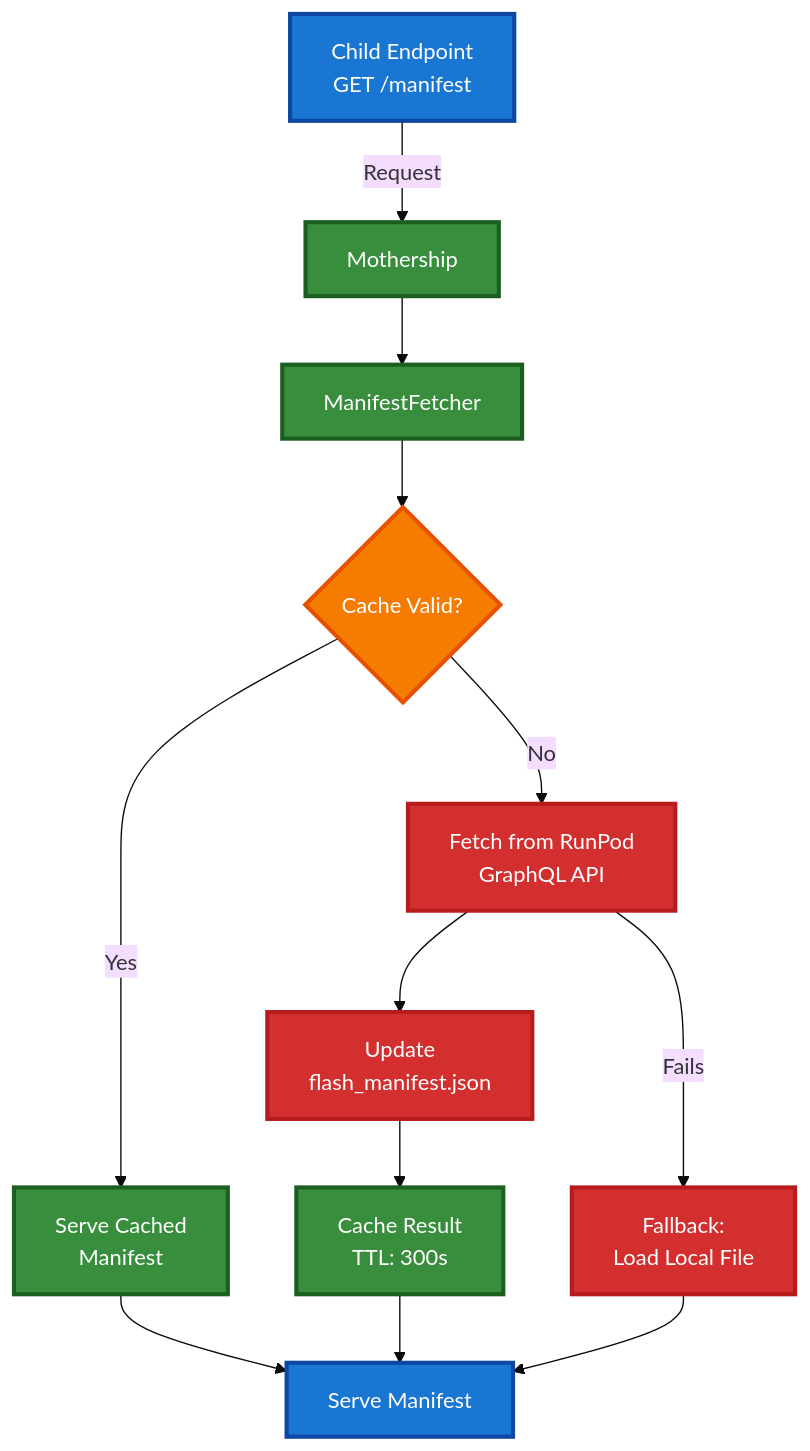
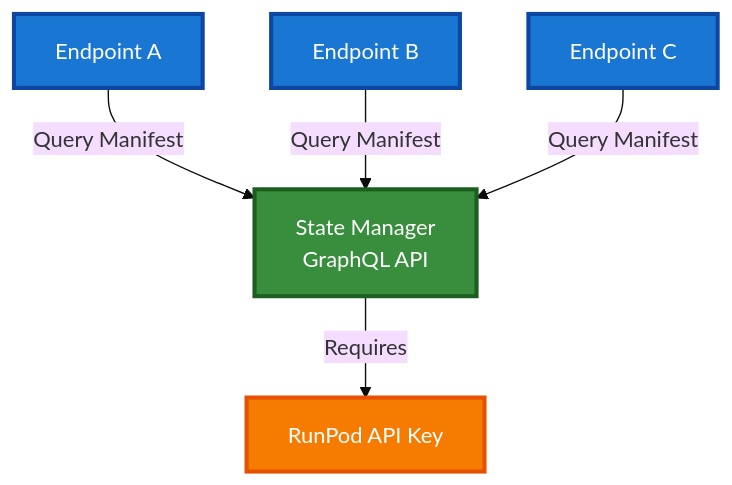
One commit to runpod/tetra-rp changed the fourth of 4 diagrams in docs/Cross_Endpoint_Routing.md. Above: the diagram before and after it, drawn with Mermaid (base theme). The commit also changed other lines of this file and 61 other files, not shown here.

First line of the commit message:
feat: implement upfront resource provisioning in deployment flow (#152)

````diff
--- a/docs/Cross_Endpoint_Routing.md
+++ b/docs/Cross_Endpoint_Routing.md
@@ -1029,36 +995,19 @@
 ```mermaid
 flowchart TD
-    A["Child Endpoint<br/>GET /manifest"]
-    B["Mothership"]
-    C["ManifestFetcher"]
-    D{Cache Valid?}
-    E["Serve Cached<br/>Manifest"]
-    F["Fetch from RunPod<br/>GraphQL API"]
-    G["Update<br/>flash_manifest.json"]
-    H["Cache Result<br/>TTL: 300s"]
-    I["Serve Manifest"]
-    J["Fallback:<br/>Load Local File"]
+    A["Endpoint A"]
+    B["Endpoint B"]
+    C["Endpoint C"]
+    D["State Manager<br/>GraphQL API"]
+    E["RunPod API Key"]
 
-    A -->|Request| B
-    B --> C
-    C --> D
-    D -->|Yes| E
-    D -->|No| F
-    E --> I
-    F --> G
-    G --> H
-    H --> I
-    F -->|Fails| J
-    J --> I
+    A -->|Query Manifest| D
+    B -->|Query Manifest| D
+    C -->|Query Manifest| D
+    D -->|Requires| E
 
     style A fill:#1976d2,stroke:#0d47a1,stroke-width:3px,color:#fff
-    style B fill:#388e3c,stroke:#1b5e20,stroke-width:3px,color:#fff
-    style C fill:#388e3c,stroke:#1b5e20,stroke-width:3px,color:#fff
-    style D fill:#f57c00,stroke:#e65100,stroke-width:3px,color:#fff
-    style E fill:#388e3c,stroke:#1b5e20,stroke-width:3px,color:#fff
-    style F fill:#d32f2f,stroke:#b71c1c,stroke-width:3px,color:#fff
-    style G fill:#d32f2f,stroke:#b71c1c,stroke-width:3px,color:#fff
-    style H fill:#388e3c,stroke:#1b5e20,stroke-width:3px,color:#fff
-    style I fill:#1976d2,stroke:#0d47a1,stroke-width:3px,color:#fff
-    style J fill:#d32f2f,stroke:#b71c1c,stroke-width:3px,color:#fff
+    style B fill:#1976d2,stroke:#0d47a1,stroke-width:3px,color:#fff
+    style C fill:#1976d2,stroke:#0d47a1,stroke-width:3px,color:#fff
+    style D fill:#388e3c,stroke:#1b5e20,stroke-width:3px,color:#fff
+    style E fill:#f57c00,stroke:#e65100,stroke-width:3px,color:#fff
 ```
````
